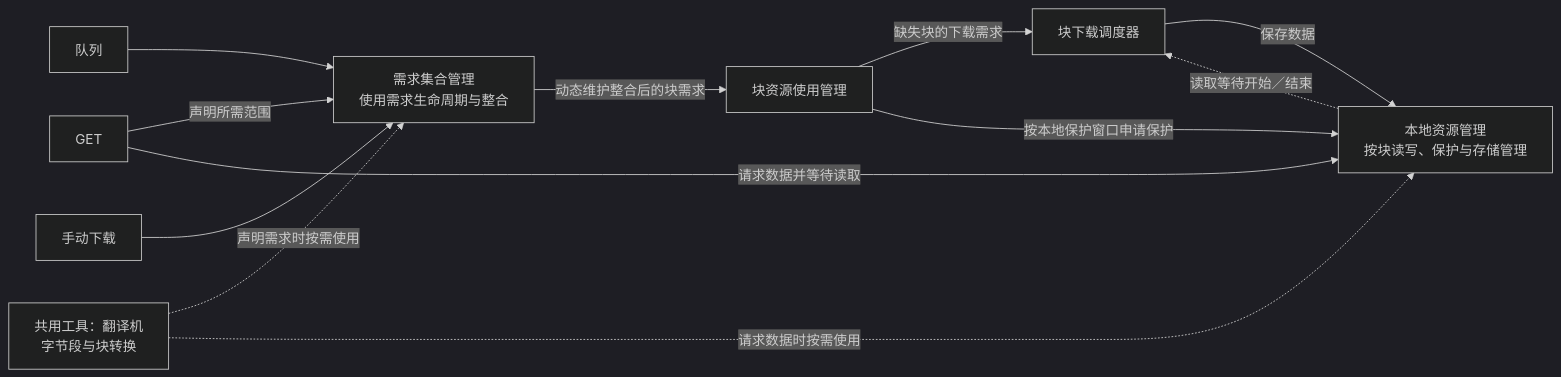
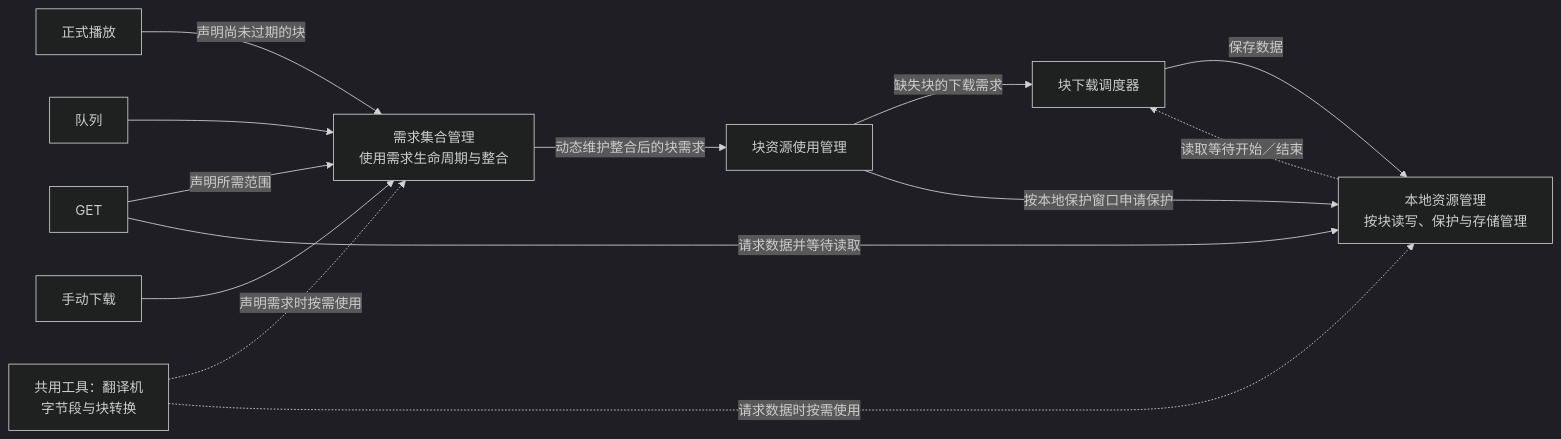
Before and after one commit to SW26010/still-wanna-dance: the diagram in docs/download-resource-design.md, drawn with Mermaid (dark theme). The commit also changed other lines of this file and 37 other files, not shown here.

````diff
--- a/docs/download-resource-design.md
+++ b/docs/download-resource-design.md
@@ -48,24 +96,26 @@
 ```mermaid
 flowchart LR
+    Formal["正式播放"]
     Get["GET"]
     Queue["队列"]
     Manual["手动下载"]
     Demand["需求集合管理<br/>使用需求生命周期与整合"]
     Use["块资源使用管理"]
     Scheduler["块下载调度器"]
     Local["本地资源管理<br/>按块读写、保护与存储管理"]
 
+    Formal -->|声明尚未过期的块| Demand
     Get -->|声明所需范围| Demand
     Queue --> Demand
     Manual --> Demand
     Demand -->|动态维护整合后的块需求| Use
     Use -->|缺失块的下载需求| Scheduler
     Use -->|按本地保护窗口申请保护| Local
     Scheduler -->|保存数据| Local
     Get -->|请求数据并等待读取| Local
     Local -.->|读取等待开始／结束| Scheduler
 
     Translate["共用工具：翻译机<br/>字节段与块转换"]
     Translate -.->|声明需求时按需使用| Demand
     Translate -.->|请求数据时按需使用| Local
 ```
````
